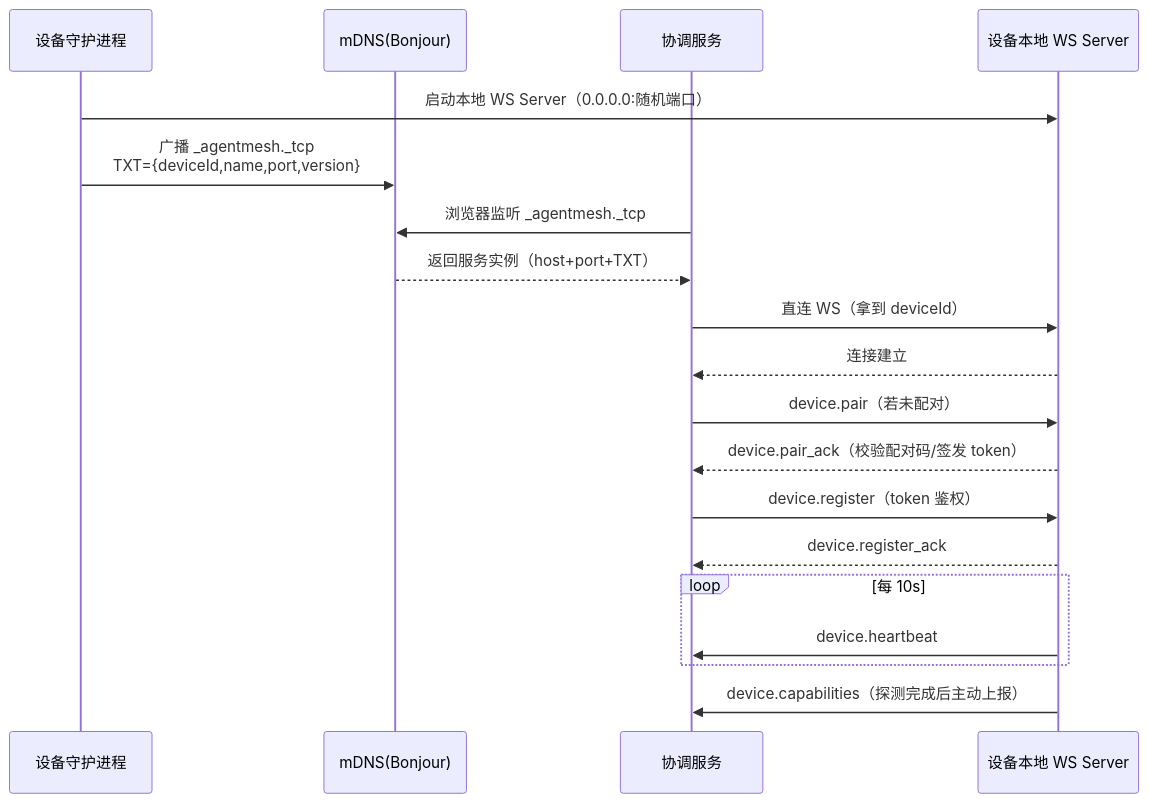
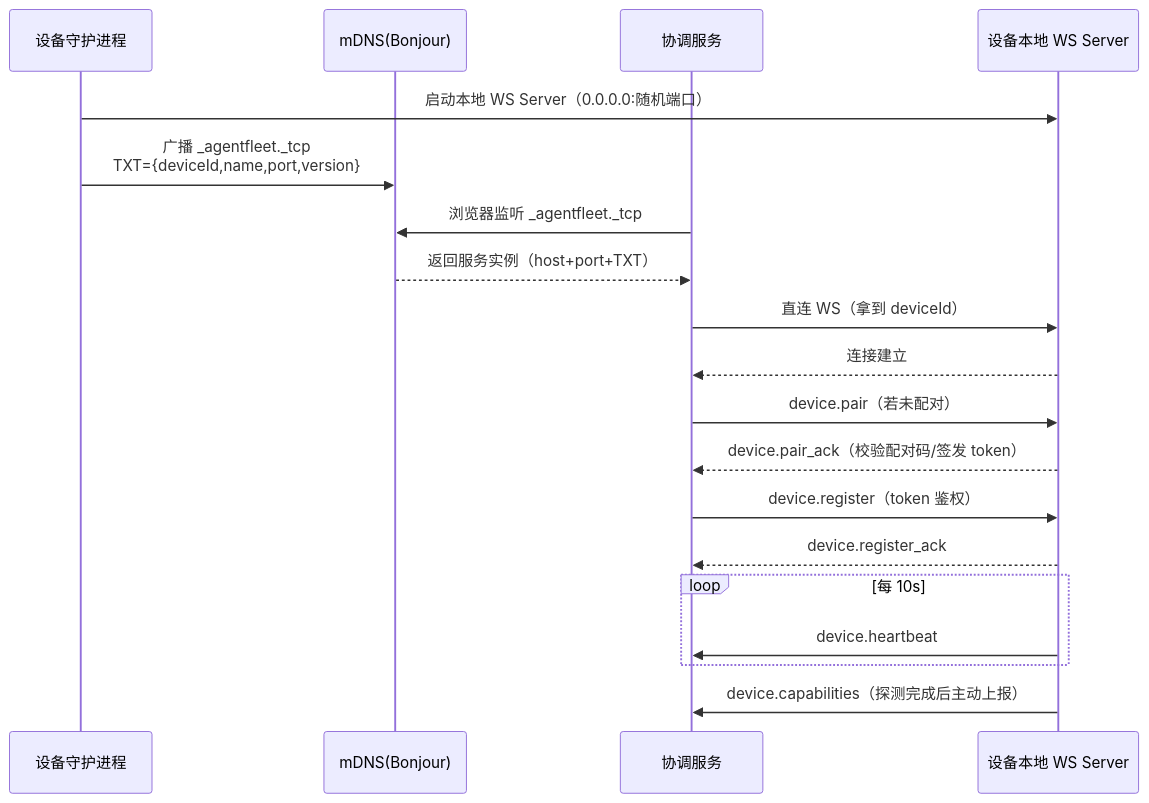
The third of 9 diagrams in docs/02-架构设计.md (narkco-kang/agent-fleet), drawn with Mermaid before and after one commit. The commit also changed other lines of this file and 186 other files, not shown here.

````diff
--- a/docs/02-架构设计.md
+++ b/docs/02-架构设计.md
@@ -287,22 +287,22 @@
 ```mermaid
 sequenceDiagram
     participant DA as 设备守护进程
     participant MDNS as mDNS(Bonjour)
     participant C as 协调服务
     participant LS as 设备本地 WS Server
 
     DA->>LS: 启动本地 WS Server（0.0.0.0:随机端口）
-    DA->>MDNS: 广播 _agentmesh._tcp<br/>TXT={deviceId,name,port,version}
-    C->>MDNS: 浏览器监听 _agentmesh._tcp
+    DA->>MDNS: 广播 _agentfleet._tcp<br/>TXT={deviceId,name,port,version}
+    C->>MDNS: 浏览器监听 _agentfleet._tcp
     MDNS-->>C: 返回服务实例（host+port+TXT）
     C->>LS: 直连 WS（拿到 deviceId）
     LS-->>C: 连接建立
     C->>LS: device.pair（若未配对）
     LS-->>C: device.pair_ack（校验配对码/签发 token）
     C->>LS: device.register（token 鉴权）
     LS-->>C: device.register_ack
     loop 每 10s
         LS->>C: device.heartbeat
     end
     LS->>C: device.capabilities（探测完成后主动上报）
 ```
````
